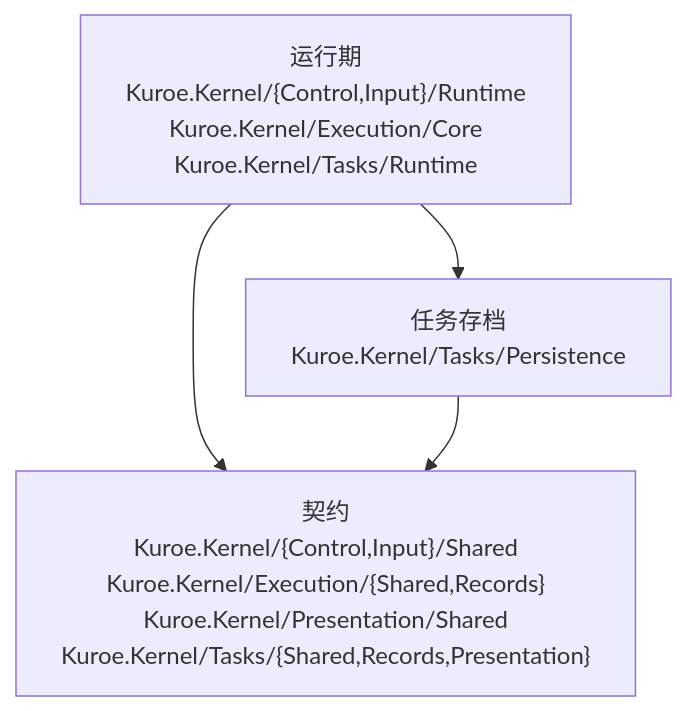
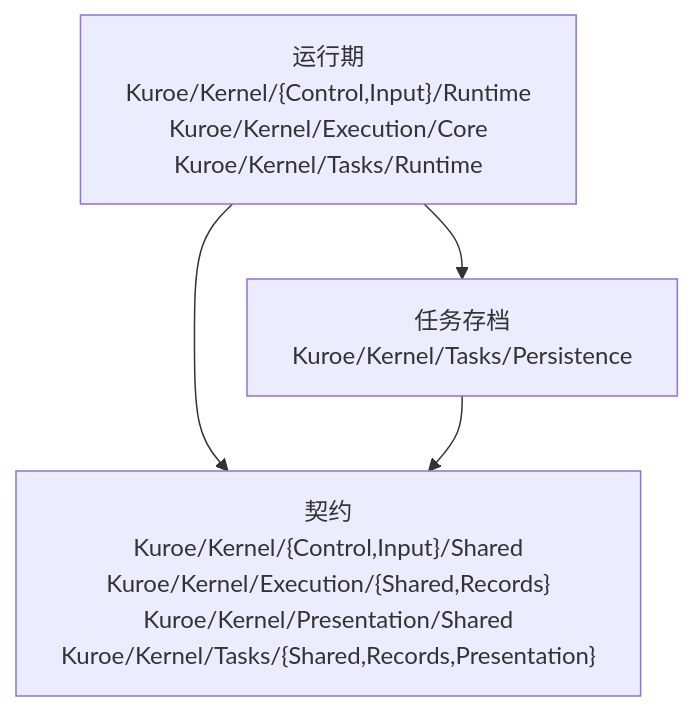
The diagram in docs/dev/architecture/functional-boundary/kernel/index.md (DrMelt/Kuroe), drawn with Mermaid before and after one commit. The commit also changed 1355 other files, not shown here.

````diff
--- a/docs/dev/architecture/functional-boundary/kernel/index.md
+++ b/docs/dev/architecture/functional-boundary/kernel/index.md
@@ -5,9 +5,9 @@
 ```mermaid
 flowchart TD
-    Runtime["运行期<br>Kuroe.Kernel/{Control,Input}/Runtime<br>Kuroe.Kernel/Execution/Core<br>Kuroe.Kernel/Tasks/Runtime"]
-    Archive["任务存档<br>Kuroe.Kernel/Tasks/Persistence"]
-    Contracts["契约<br>Kuroe.Kernel/{Control,Input}/Shared<br>Kuroe.Kernel/Execution/{Shared,Records}<br>Kuroe.Kernel/Presentation/Shared<br>Kuroe.Kernel/Tasks/{Shared,Records,Presentation}"]
+    Runtime["运行期<br>Kuroe/Kernel/{Control,Input}/Runtime<br>Kuroe/Kernel/Execution/Core<br>Kuroe/Kernel/Tasks/Runtime"]
+    Archive["任务存档<br>Kuroe/Kernel/Tasks/Persistence"]
+    Contracts["契约<br>Kuroe/Kernel/{Control,Input}/Shared<br>Kuroe/Kernel/Execution/{Shared,Records}<br>Kuroe/Kernel/Presentation/Shared<br>Kuroe/Kernel/Tasks/{Shared,Records,Presentation}"]
     Runtime --> Contracts
     Runtime --> Archive
     Archive --> Contracts
 ```
````
